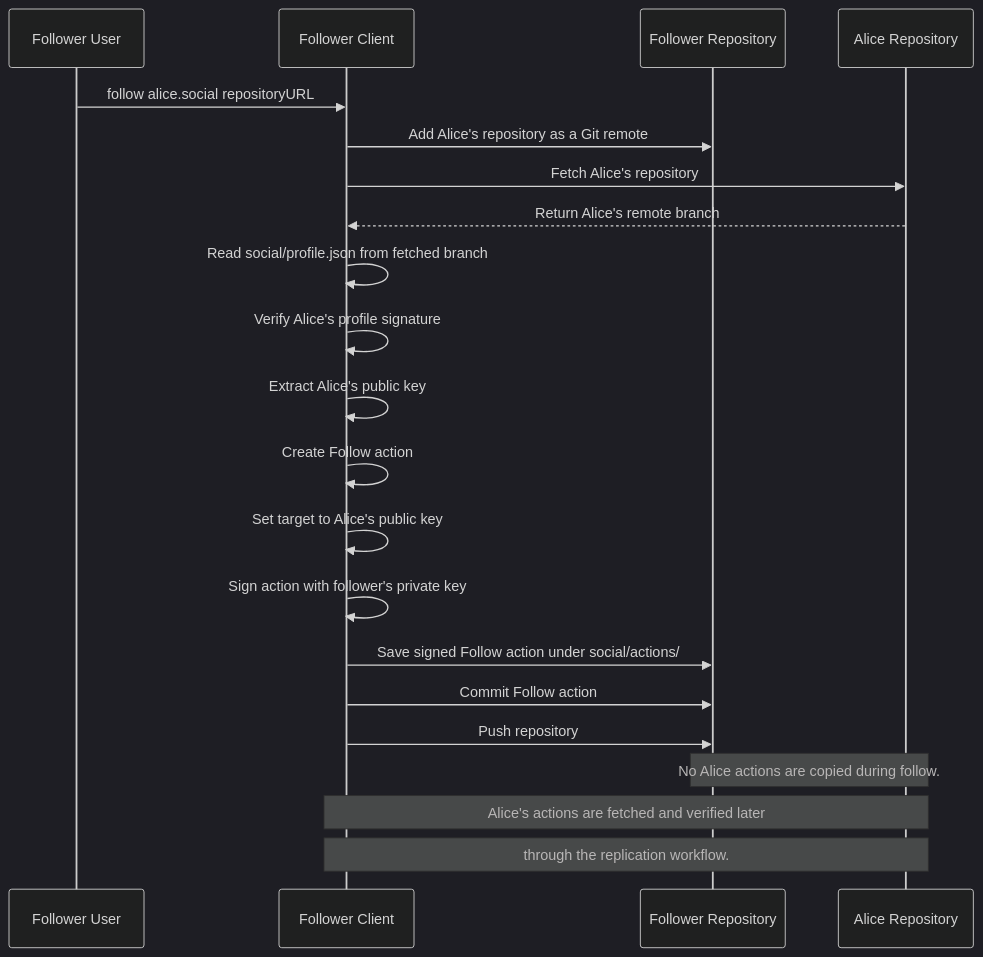
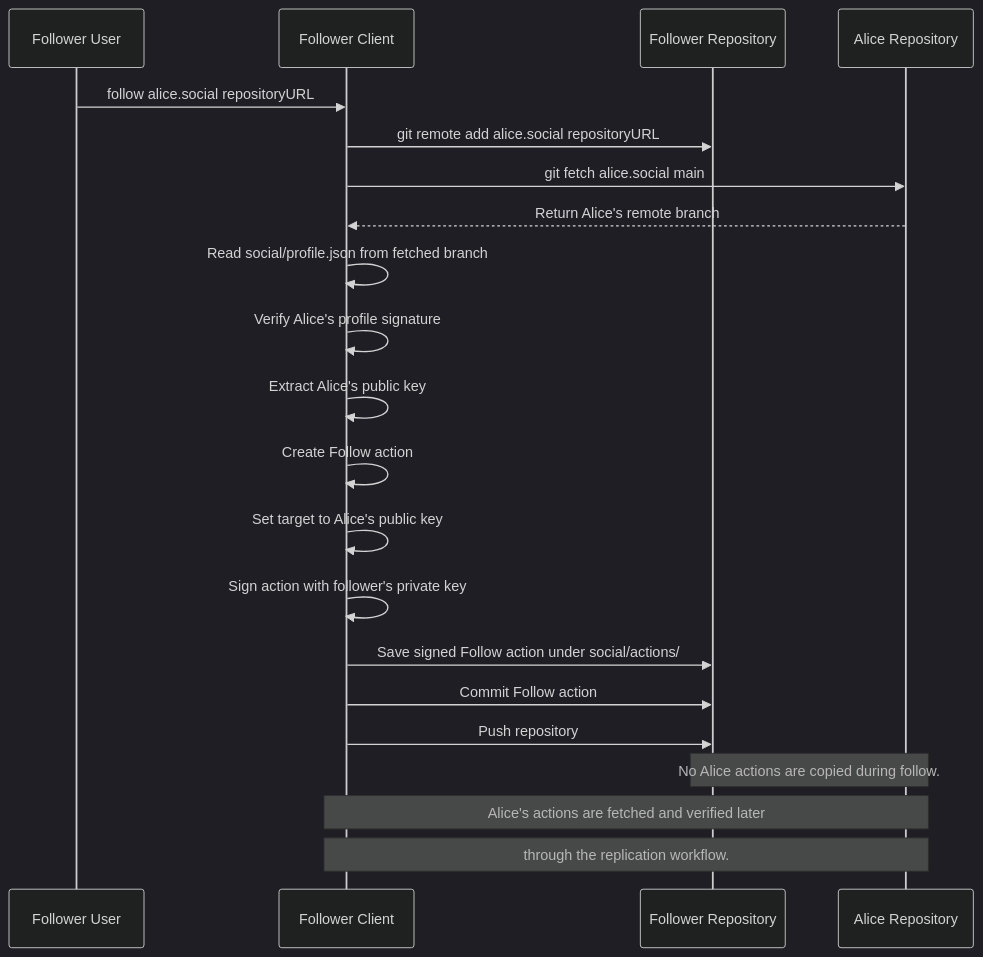
One commit to gargster/ELEC4712_Decentralised_Blog changed the fourth of 6 diagrams in latest_design.md. Above: the diagram before and after it, drawn with Mermaid (dark theme). The commit also changed other lines of this file, not shown here.

First line of the commit message:
refine protocol workflow diagrams

````diff
--- a/latest_design.md
+++ b/latest_design.md
@@ -105,30 +105,30 @@
 ```mermaid
 sequenceDiagram
     participant User as Follower User
     participant Client as Follower Client
     participant Repo as Follower Repository
     participant Alice as Alice Repository
 
     User->>Client: follow alice.social repositoryURL
 
-    Client->>Repo: Add Alice's repository as a Git remote
+    Client->>Repo: git remote add alice.social repositoryURL
 
-    Client->>Alice: Fetch Alice's repository
+    Client->>Alice: git fetch alice.social main
     Alice-->>Client: Return Alice's remote branch
 
     Client->>Client: Read social/profile.json from fetched branch
     Client->>Client: Verify Alice's profile signature
     Client->>Client: Extract Alice's public key
 
     Client->>Client: Create Follow action
     Client->>Client: Set target to Alice's public key
     Client->>Client: Sign action with follower's private key
 
     Client->>Repo: Save signed Follow action under social/actions/
     Client->>Repo: Commit Follow action
     Client->>Repo: Push repository
 
     Note over Repo,Alice: No Alice actions are copied during follow.
     Note over Client,Alice: Alice's actions are fetched and verified later
     Note over Client,Alice: through the replication workflow.
 ```
````
